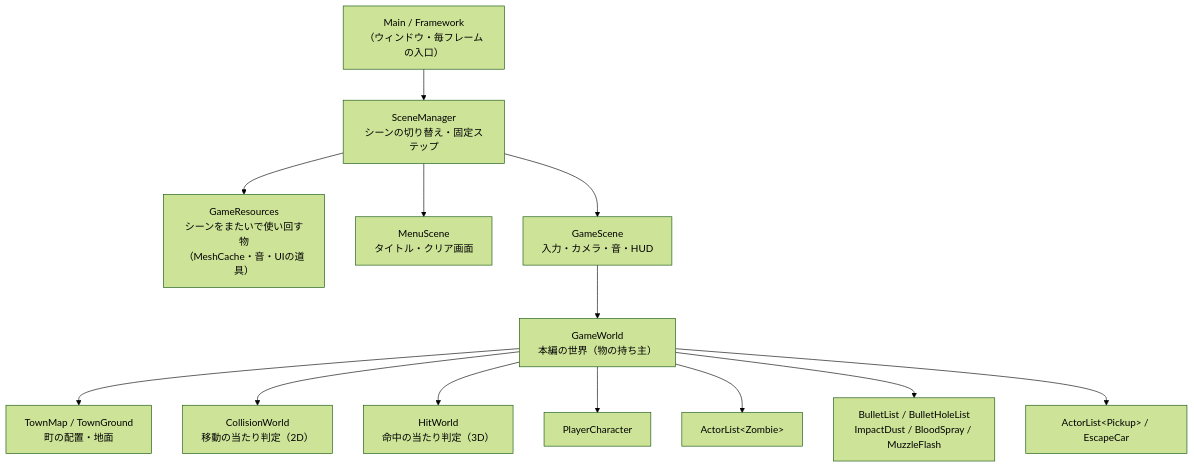
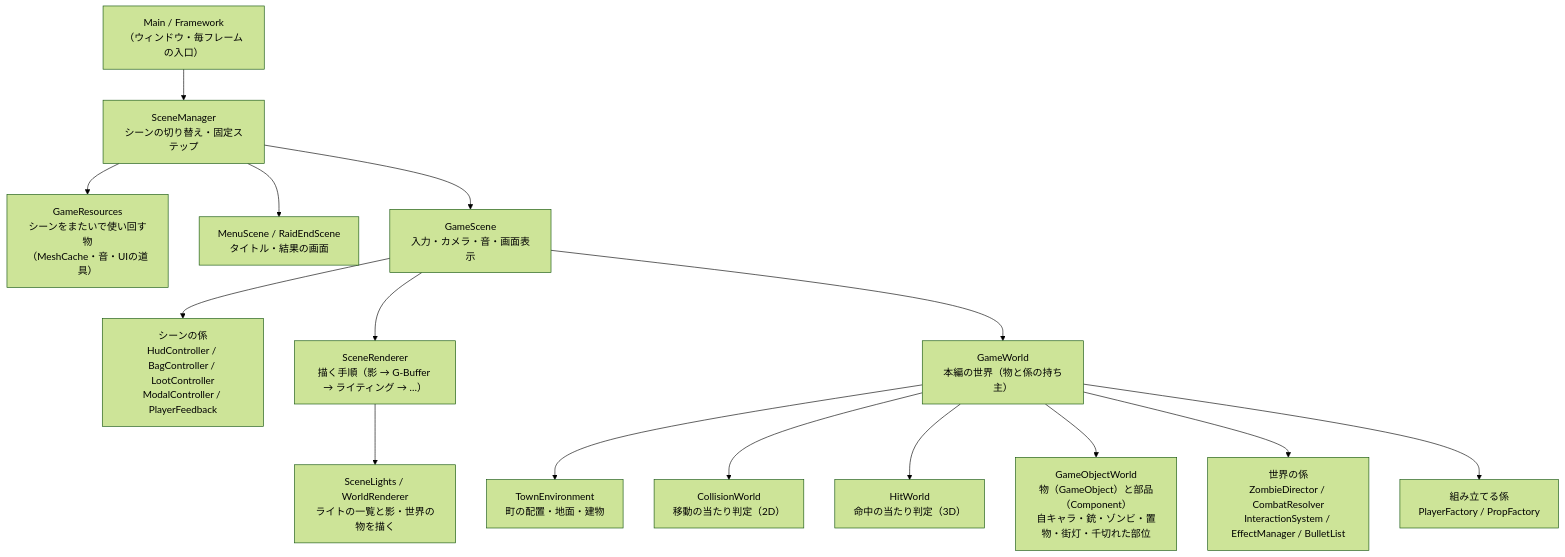
One commit to madoromi05/LastDrop changed the first of 7 diagrams in SummaryPlan/技術まとめ_ポートフォリオ.md. Above: the diagram before and after it, drawn with Mermaid (forest theme). The commit also changed other lines of this file and 88 other files, not shown here.

````diff
--- a/SummaryPlan/技術まとめ_ポートフォリオ.md
+++ b/SummaryPlan/技術まとめ_ポートフォリオ.md
@@ -55,15 +66,17 @@
 ```mermaid
 flowchart TD
     Main["Main / Framework<br>（ウィンドウ・毎フレームの入口）"] --> SM["SceneManager<br>シーンの切り替え・固定ステップ"]
     SM --> Res["GameResources<br>シーンをまたいで使い回す物<br>（MeshCache・音・UIの道具）"]
-    SM --> Menu["MenuScene<br>タイトル・クリア画面"]
-    SM --> Game["GameScene<br>入力・カメラ・音・HUD"]
-    Game --> World["GameWorld<br>本編の世界（物の持ち主）"]
-    World --> Map["TownMap / TownGround<br>町の配置・地面"]
+    SM --> Menu["MenuScene / RaidEndScene<br>タイトル・結果の画面"]
+    SM --> Game["GameScene<br>入力・カメラ・音・画面表示"]
+    Game --> Ctl["シーンの係<br>HudController / BagController / LootController<br>ModalController / PlayerFeedback"]
+    Game --> SR["SceneRenderer<br>描く手順（影 → G-Buffer → ライティング → …）"]
+    SR --> SL["SceneLights / WorldRenderer<br>ライトの一覧と影・世界の物を描く"]
+    Game --> World["GameWorld<br>本編の世界（物と係の持ち主）"]
+    World --> Town["TownEnvironment<br>町の配置・地面・建物"]
     World --> CW["CollisionWorld<br>移動の当たり判定（2D）"]
     World --> HW["HitWorld<br>命中の当たり判定（3D）"]
-    World --> Player["PlayerCharacter"]
-    World --> Zombies["ActorList&lt;Zombie&gt;"]
-    World --> Effects["BulletList / BulletHoleList<br>ImpactDust / BloodSpray / MuzzleFlash"]
-    World --> Items["ActorList&lt;Pickup&gt; / EscapeCar"]
+    World --> Objects["GameObjectWorld<br>物（GameObject）と部品（Component）<br>自キャラ・銃・ゾンビ・置物・街灯・千切れた部位"]
+    World --> Sys["世界の係<br>ZombieDirector / CombatResolver<br>InteractionSystem / EffectManager / BulletList"]
+    World --> Fac["組み立てる係<br>PlayerFactory / PropFactory"]
 ```
````
